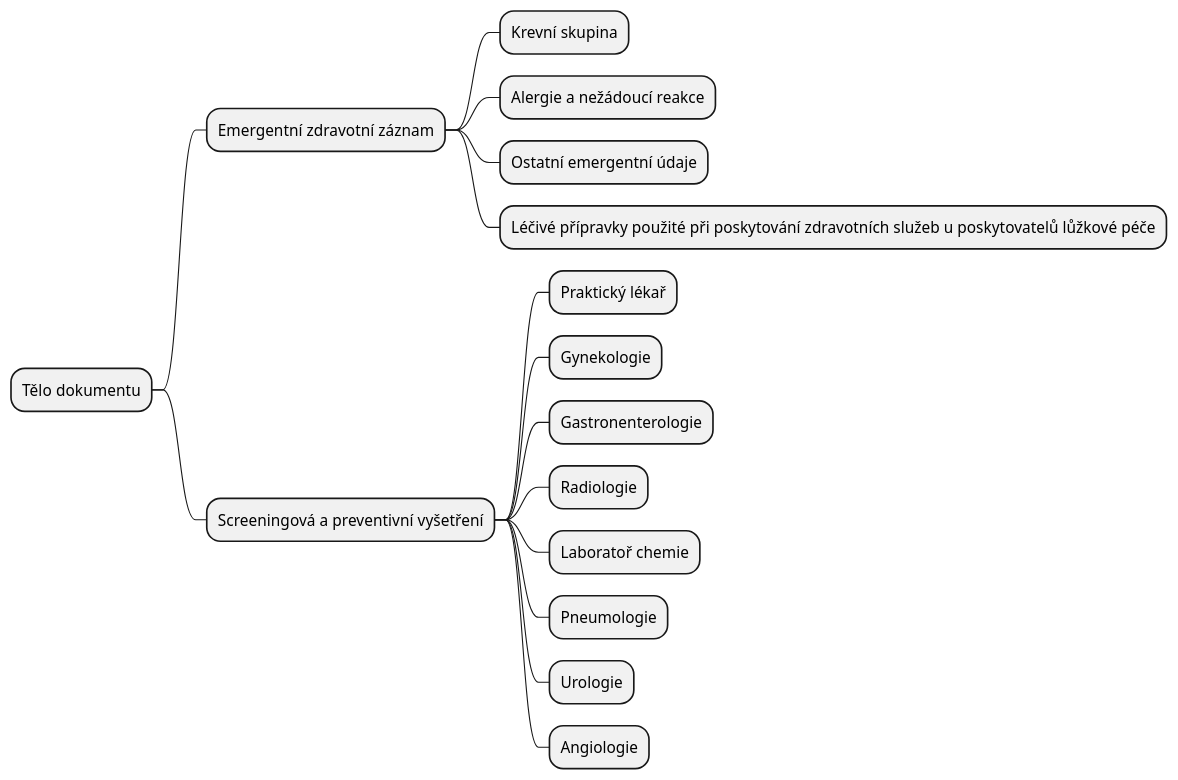
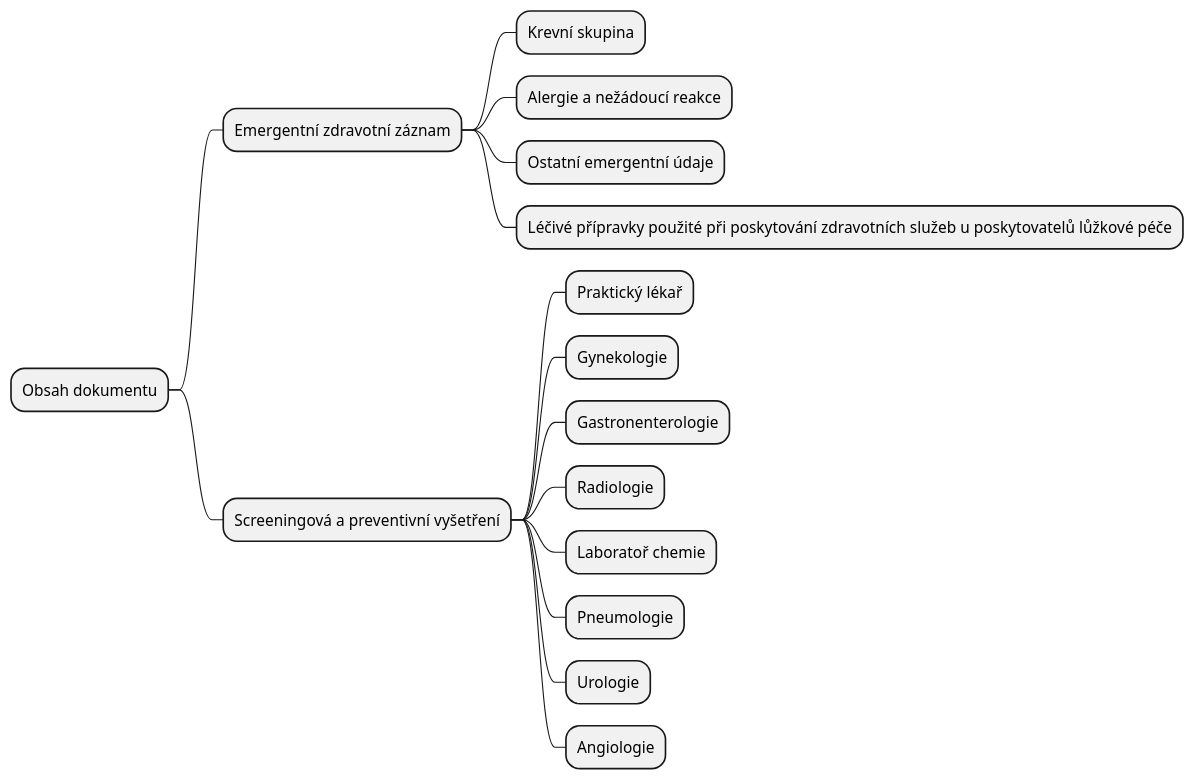
Before and after one commit to HL7-cz/szz: the diagram in input/images-source/body-mindmap-cs.plantuml, drawn with PlantUML. The commit also changed 8 other files, not shown here.

```diff
--- a/input/images-source/body-mindmap-cs.plantuml
+++ b/input/images-source/body-mindmap-cs.plantuml
@@ -1,17 +1,17 @@
 @startmindmap
-* Tělo dokumentu
+* Obsah dokumentu
 ** Emergentní zdravotní záznam
 *** Krevní skupina
 *** Alergie a nežádoucí reakce
 *** Ostatní emergentní údaje
 *** Léčivé přípravky použité při poskytování zdravotních služeb u poskytovatelů lůžkové péče
 ** Screeningová a preventivní vyšetření
 *** Praktický lékař
 *** Gynekologie
 *** Gastronenterologie
 *** Radiologie
 *** Laboratoř chemie
 *** Pneumologie
 *** Urologie
 *** Angiologie
 @endmindmap
```
